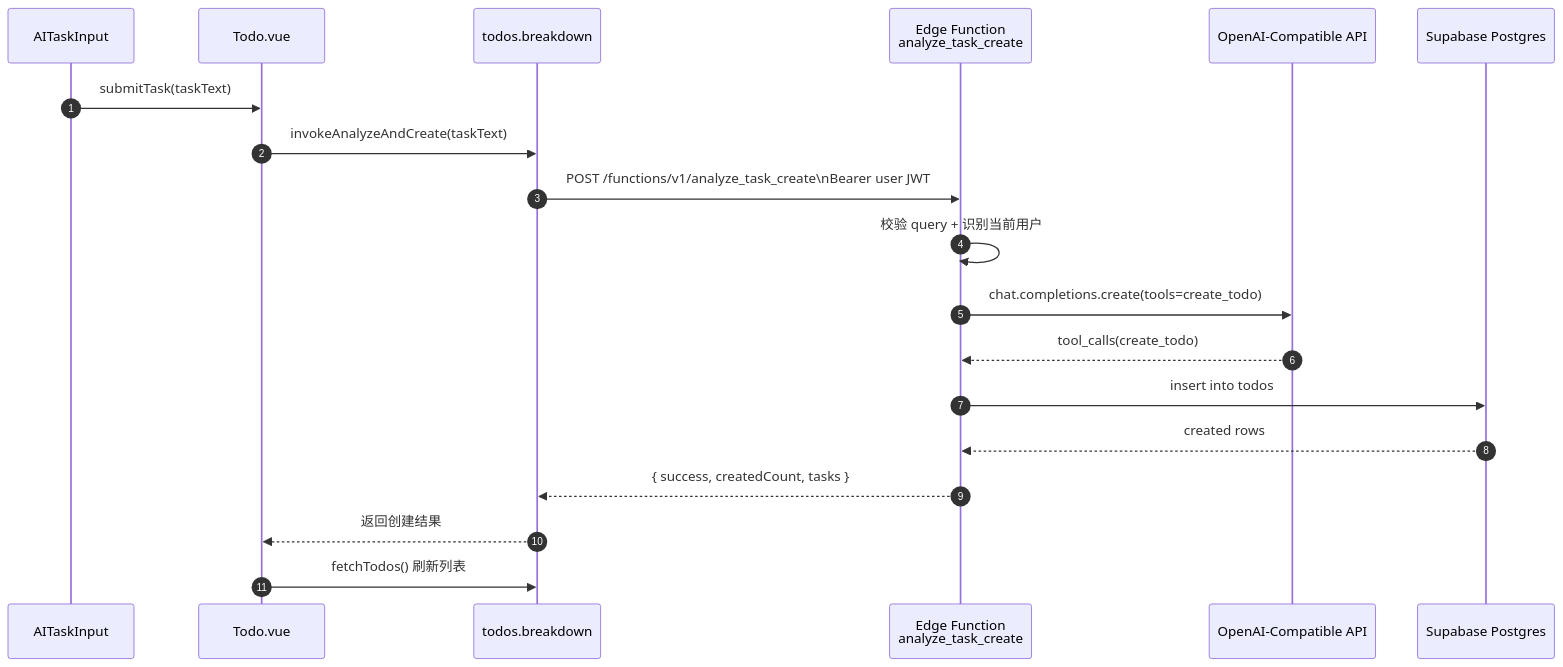
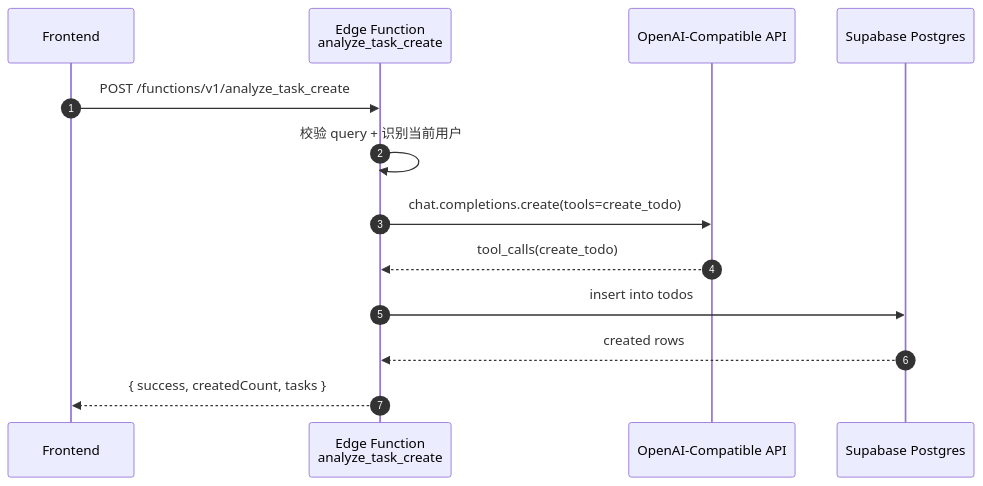
The diagram in docs/zh/dev-guide/04.new_task_ai.md (sherlocknieh/TodoHeap), drawn with Mermaid before and after one commit. The commit also changed 15 other files, not shown here.

````diff
--- a/docs/zh/dev-guide/04.new_task_ai.md
+++ b/docs/zh/dev-guide/04.new_task_ai.md
@@ -25,22 +25,16 @@
 ```mermaid
 sequenceDiagram
     autonumber
-    participant UI as AITaskInput
-    participant Page as Todo.vue
-    participant Store as todos.breakdown
+    participant FE as Frontend
     participant EF as Edge Function<br/>analyze_task_create
     participant LLM as OpenAI-Compatible API
     participant DB as Supabase Postgres
 
-    UI->>Page: submitTask(taskText)
-    Page->>Store: invokeAnalyzeAndCreate(taskText)
-    Store->>EF: POST /functions/v1/analyze_task_create\nBearer user JWT
+    FE->>EF: POST /functions/v1/analyze_task_create
     EF->>EF: 校验 query + 识别当前用户
     EF->>LLM: chat.completions.create(tools=create_todo)
     LLM-->>EF: tool_calls(create_todo)
     EF->>DB: insert into todos
     DB-->>EF: created rows
-    EF-->>Store: { success, createdCount, tasks }
-    Store-->>Page: 返回创建结果
-    Page->>Store: fetchTodos() 刷新列表
+    EF-->>FE: { success, createdCount, tasks }
 ```
````
